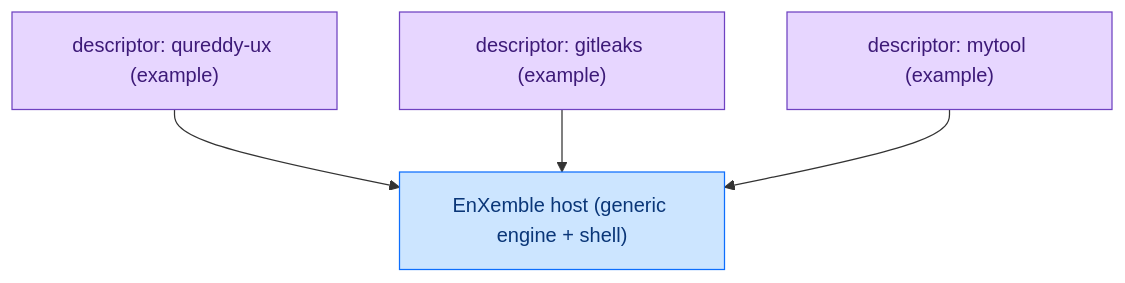
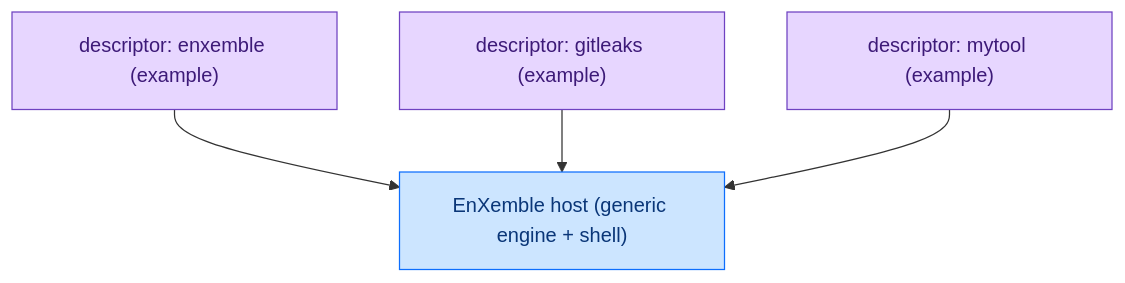
One commit to paul007ex/breachsafe-ux changed the diagram in docs/explanation/why-agnostic.md. Above: the diagram before and after it, drawn with Mermaid. The commit also changed other lines of this file and 27 other files, not shown here.

````diff
--- a/docs/explanation/why-agnostic.md
+++ b/docs/explanation/why-agnostic.md
@@ -34,18 +34,18 @@
 ```mermaid
 flowchart TD
-    d1["descriptor: qureddy-ux (example)"]
+    d1["descriptor: enxemble (example)"]
     d2["descriptor: gitleaks (example)"]
     d3["descriptor: mytool (example)"]
     host["EnXemble host (generic engine + shell)"]
     d1 --> host
     d2 --> host
     d3 --> host
     classDef valid       fill:#d4edda,stroke:#28a745,color:#155724;
     classDef invalid     fill:#f8d7da,stroke:#dc3545,color:#721c24;
     classDef unavailable fill:#fff3cd,stroke:#fd7e14,color:#7a4a00;
     classDef process     fill:#cce5ff,stroke:#0d6efd,color:#0a3678;
     classDef artifact    fill:#e2e3e5,stroke:#6c757d,color:#2f3336;
     classDef external    fill:#e7d6ff,stroke:#6f42c1,color:#3d1a78;
     class host process;
     class d1,d2,d3 external;
 ```
````
